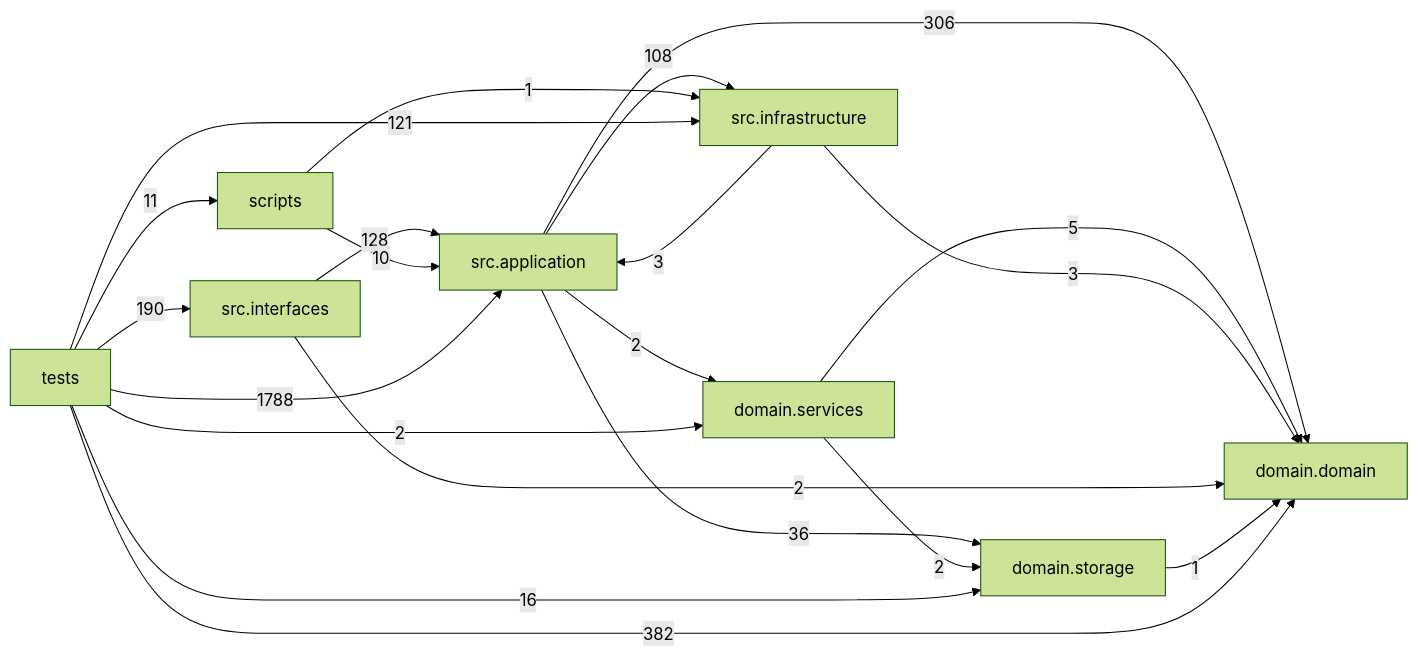
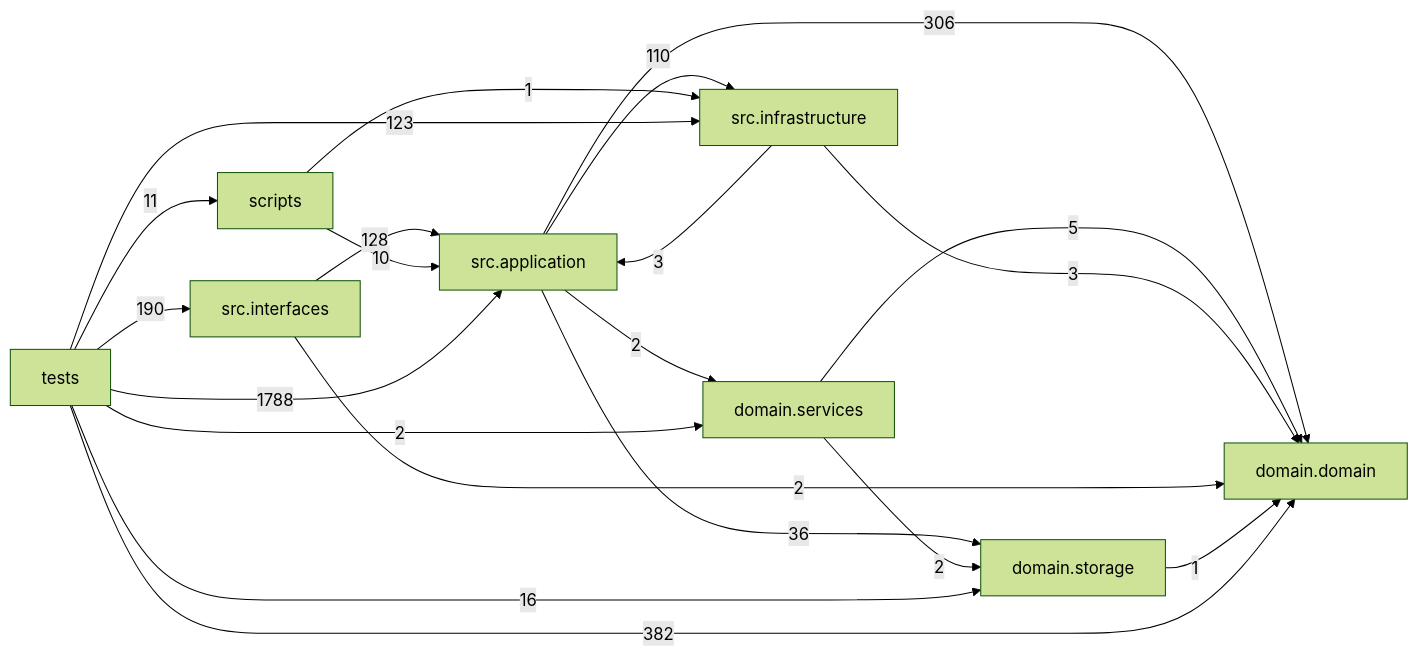
One commit to liuxie066/options-monitor changed the diagram in docs/DEPENDENCY_GRAPH.md. Above: the diagram before and after it, drawn with Mermaid (forest theme). The commit also changed other lines of this file and 31 other files, not shown here.

````diff
--- a/docs/DEPENDENCY_GRAPH.md
+++ b/docs/DEPENDENCY_GRAPH.md
@@ -24,31 +24,31 @@
 ```mermaid
 flowchart LR
   tests["tests"]
   scripts["scripts"]
   interfaces["src.interfaces"]
   application["src.application"]
   infrastructure["src.infrastructure"]
   domain_services["domain.services"]
   domain["domain.domain"]
   storage["domain.storage"]
   application -->|306| domain
   application -->|2| domain_services
-  application -->|108| infrastructure
+  application -->|110| infrastructure
   application -->|36| storage
   domain_services -->|5| domain
   domain_services -->|2| storage
   infrastructure -->|3| application
   infrastructure -->|3| domain
   interfaces -->|128| application
   interfaces -->|2| domain
   scripts -->|10| application
   scripts -->|1| infrastructure
   storage -->|1| domain
   tests -->|1788| application
   tests -->|382| domain
   tests -->|2| domain_services
-  tests -->|121| infrastructure
+  tests -->|123| infrastructure
   tests -->|190| interfaces
   tests -->|11| scripts
   tests -->|16| storage
 ```
````
